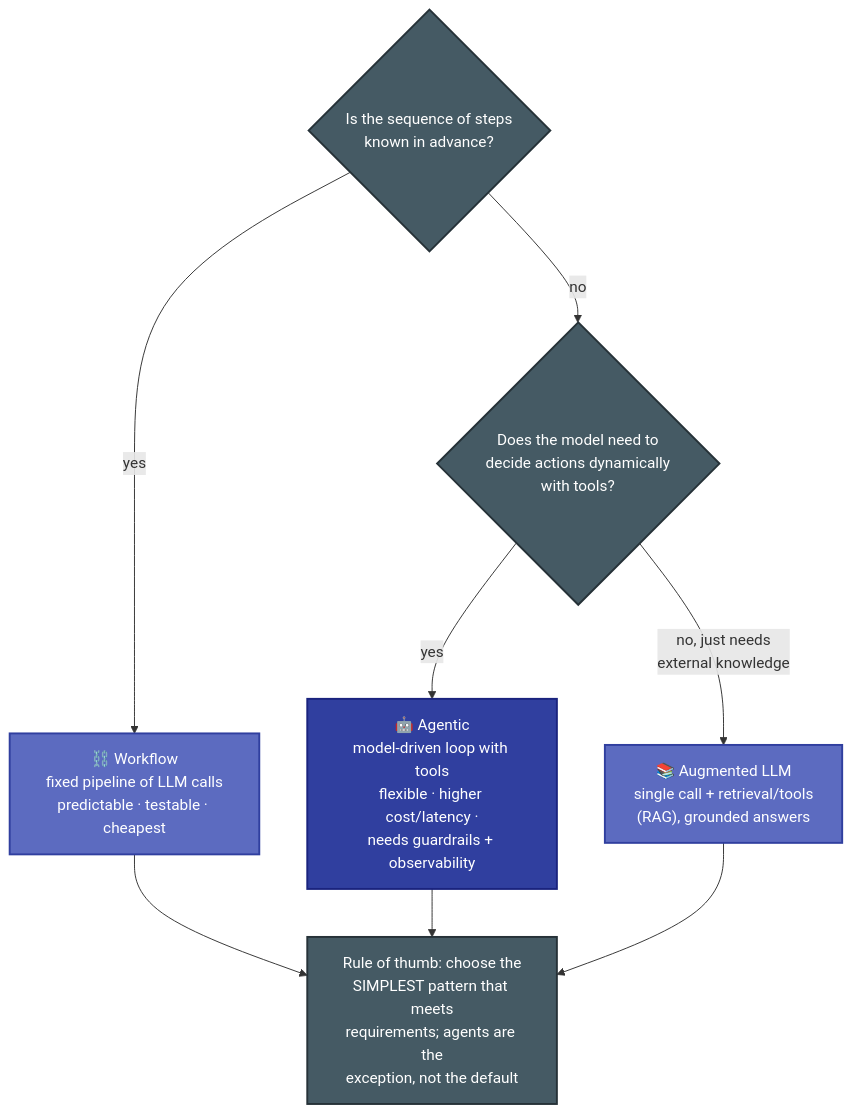
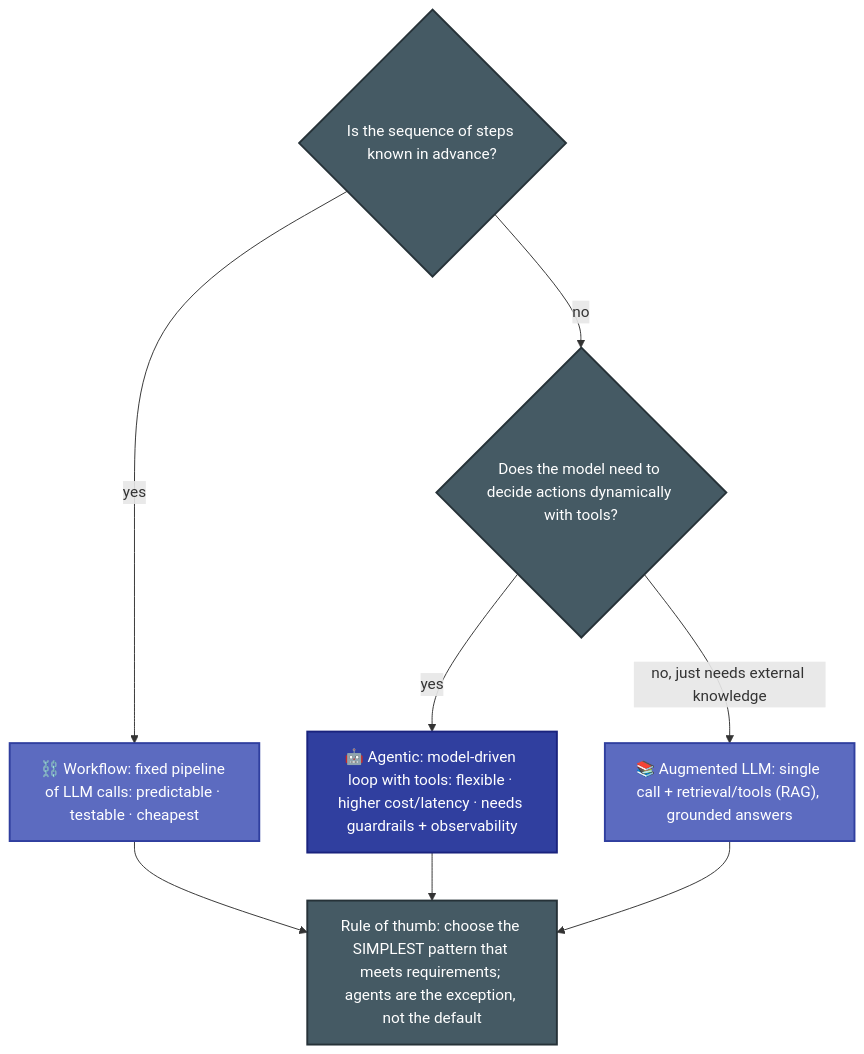
The second of 3 diagrams in CCA-P/domains/d1-solution-design.md (parmar-m/claude-architect-certification-prep), drawn with Mermaid before and after one commit. The commit also changed other lines of this file and 24 other files, not shown here.

Commit message:
fix html tags in mmd diagrams

````diff
--- a/CCA-P/domains/d1-solution-design.md
+++ b/CCA-P/domains/d1-solution-design.md
@@ -32,16 +32,16 @@
 ```mermaid
 flowchart TD
-    Q{Is the sequence of steps<br/>known in advance?} -- yes --> W["⛓️ Workflow<br/>fixed pipeline of LLM calls<br/>predictable · testable · cheapest"]
-    Q -- no --> Q2{Does the model need to<br/>decide actions dynamically<br/>with tools?}
-    Q2 -- yes --> A["🤖 Agentic<br/>model-driven loop with tools<br/>flexible · higher cost/latency ·<br/>needs guardrails + observability"]
-    Q2 -- "no, just needs<br/>external knowledge" --> AL["📚 Augmented LLM<br/>single call + retrieval/tools<br/>(RAG), grounded answers"]
-    W --> RULE["Rule of thumb: choose the<br/>SIMPLEST pattern that meets<br/>requirements; agents are the<br/>exception, not the default"]
+    Q{"Is the sequence of steps known in advance?"} -- yes --> W["⛓️ Workflow: fixed pipeline of LLM calls: predictable · testable · cheapest"]
+    Q -- no --> Q2{"Does the model need to decide actions dynamically with tools?"}
+    Q2 -- yes --> A["🤖 Agentic: model-driven loop with tools: flexible · higher cost/latency · needs guardrails + observability"]
+    Q2 -- "no, just needs external knowledge" --> AL["📚 Augmented LLM: single call + retrieval/tools (RAG), grounded answers"]
+    W --> RULE["Rule of thumb: choose the SIMPLEST pattern that meets requirements; agents are the exception, not the default"]
     A --> RULE
     AL --> RULE
     classDef w fill:#5C6BC0,color:#fff,stroke:#303F9F,stroke-width:2px
     classDef a fill:#303F9F,color:#fff,stroke:#1A237E,stroke-width:2px
     classDef n fill:#455A64,color:#fff,stroke:#263238,stroke-width:2px
     class W,AL w
     class A a
     class Q,Q2,RULE n
 ```
````
